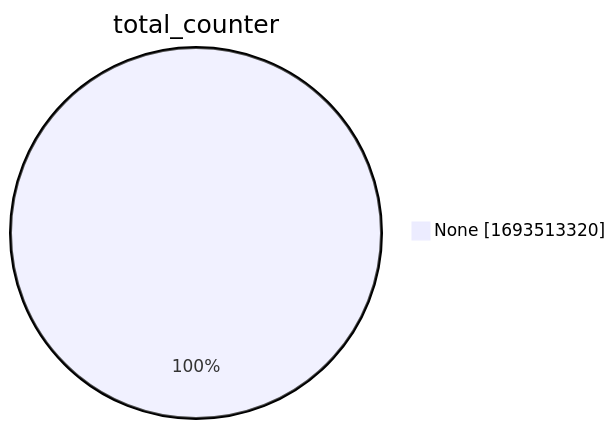
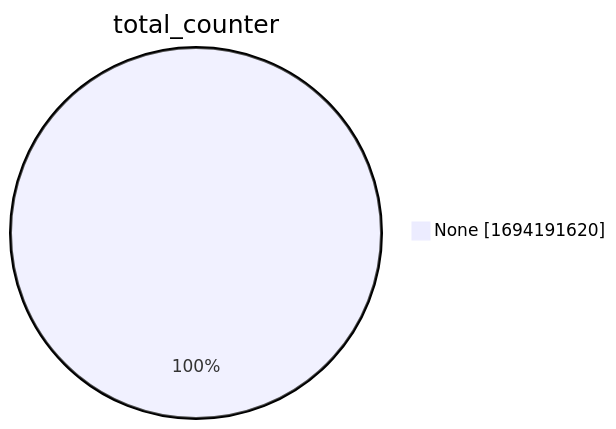
The second of 15 diagrams in xenon2022/README.md (christiankrug/ctmonitor_visualization), drawn with Mermaid before and after one commit. The commit also changed other lines of this file, not shown here.

````diff
--- a/xenon2022/README.md
+++ b/xenon2022/README.md
@@ -9,5 +9,5 @@
 ```mermaid
 pie showData
 title total_counter
-"None" :1693513320
+"None" :1694191620
 ```
````
